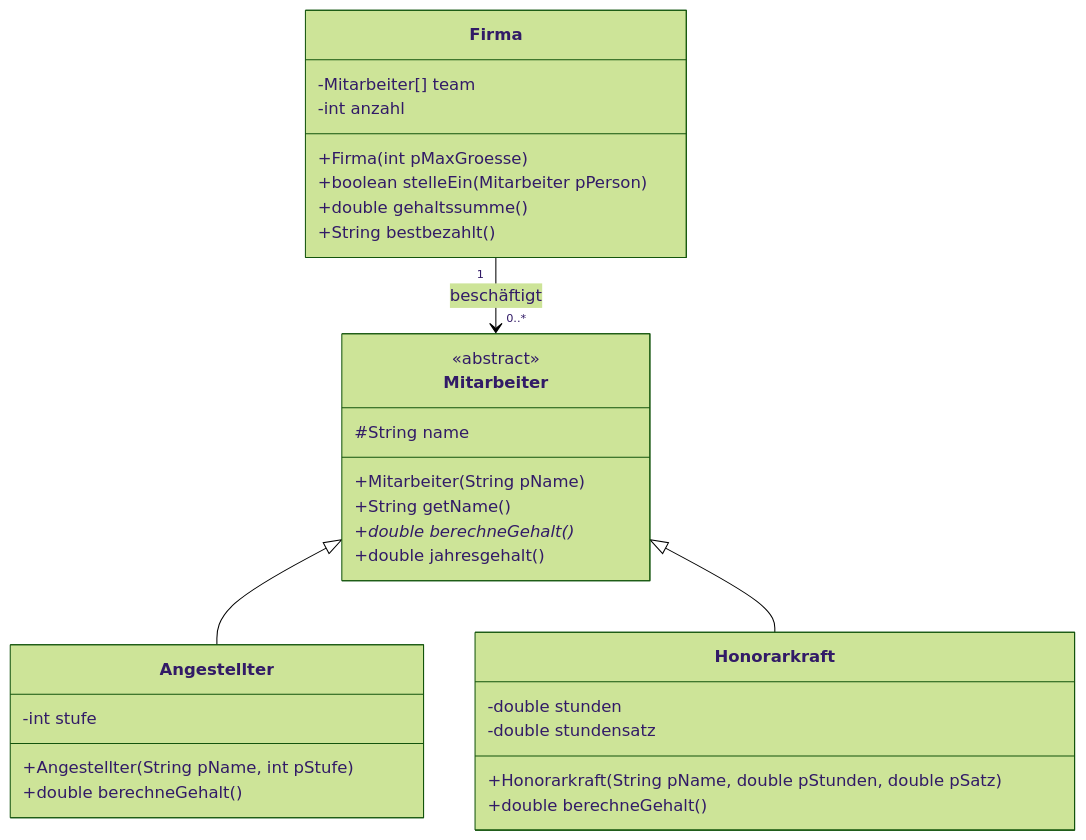
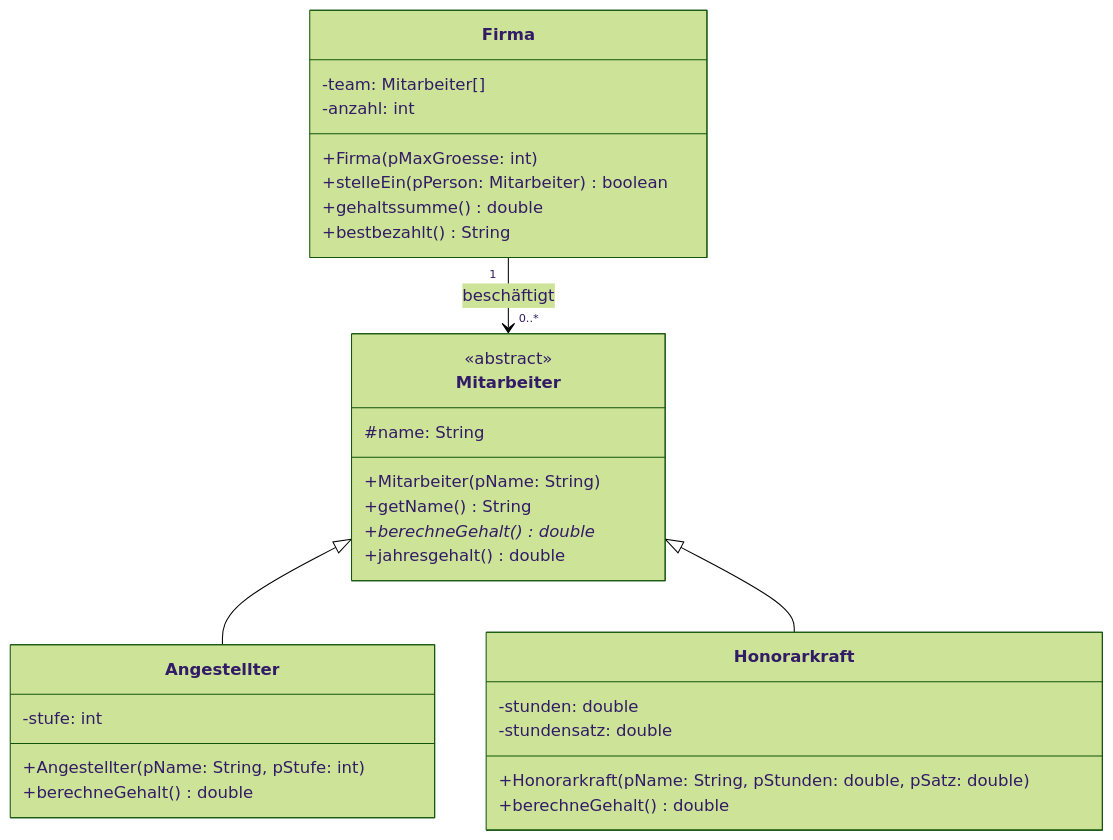
The second of 3 diagrams in book/oberstufe/oop/02-erweiterungen/01-vertiefte-objektorientierung/05-abstrakte-klassen.md (openpatch/hyperbook-informatik), drawn with Mermaid (forest theme) before and after one commit. The commit also changed other lines of this file and 19 other files, not shown here.

Commit message:
richtige implementationsdiagramme

````diff
--- a/book/oberstufe/oop/02-erweiterungen/01-vertiefte-objektorientierung/05-abstrakte-klassen.md
+++ b/book/oberstufe/oop/02-erweiterungen/01-vertiefte-objektorientierung/05-abstrakte-klassen.md
@@ -331,33 +331,33 @@
 ```mermaid
 classDiagram
     class Mitarbeiter {
         <<abstract>>
-        #String name
-        +Mitarbeiter(String pName)
-        +String getName()
-        +double berechneGehalt()*
-        +double jahresgehalt()
+        #name: String
+        +Mitarbeiter(pName: String)
+        +getName() String
+        +berechneGehalt() double*
+        +jahresgehalt() double
     }
     class Angestellter {
-        -int stufe
-        +Angestellter(String pName, int pStufe)
-        +double berechneGehalt()
+        -stufe: int
+        +Angestellter(pName: String, pStufe: int)
+        +berechneGehalt() double
     }
     class Honorarkraft {
-        -double stunden
-        -double stundensatz
-        +Honorarkraft(String pName, double pStunden, double pSatz)
-        +double berechneGehalt()
+        -stunden: double
+        -stundensatz: double
+        +Honorarkraft(pName: String, pStunden: double, pSatz: double)
+        +berechneGehalt() double
     }
     class Firma {
-        -Mitarbeiter[] team
-        -int anzahl
-        +Firma(int pMaxGroesse)
-        +boolean stelleEin(Mitarbeiter pPerson)
-        +double gehaltssumme()
-        +String bestbezahlt()
+        -team: Mitarbeiter[]
+        -anzahl: int
+        +Firma(pMaxGroesse: int)
+        +stelleEin(pPerson: Mitarbeiter) boolean
+        +gehaltssumme() double
+        +bestbezahlt() String
     }
     Mitarbeiter <|-- Angestellter
     Mitarbeiter <|-- Honorarkraft
     Firma "1" --> "0..*" Mitarbeiter : beschäftigt
 ```
````
